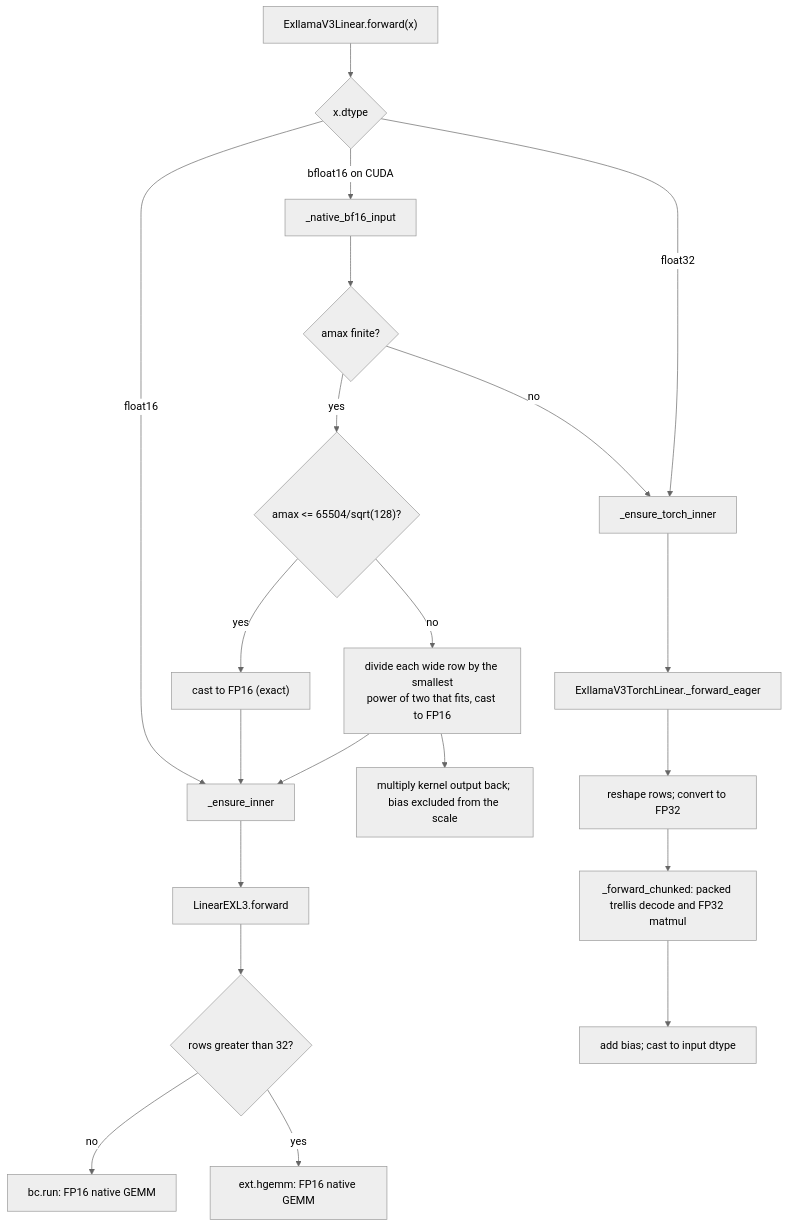
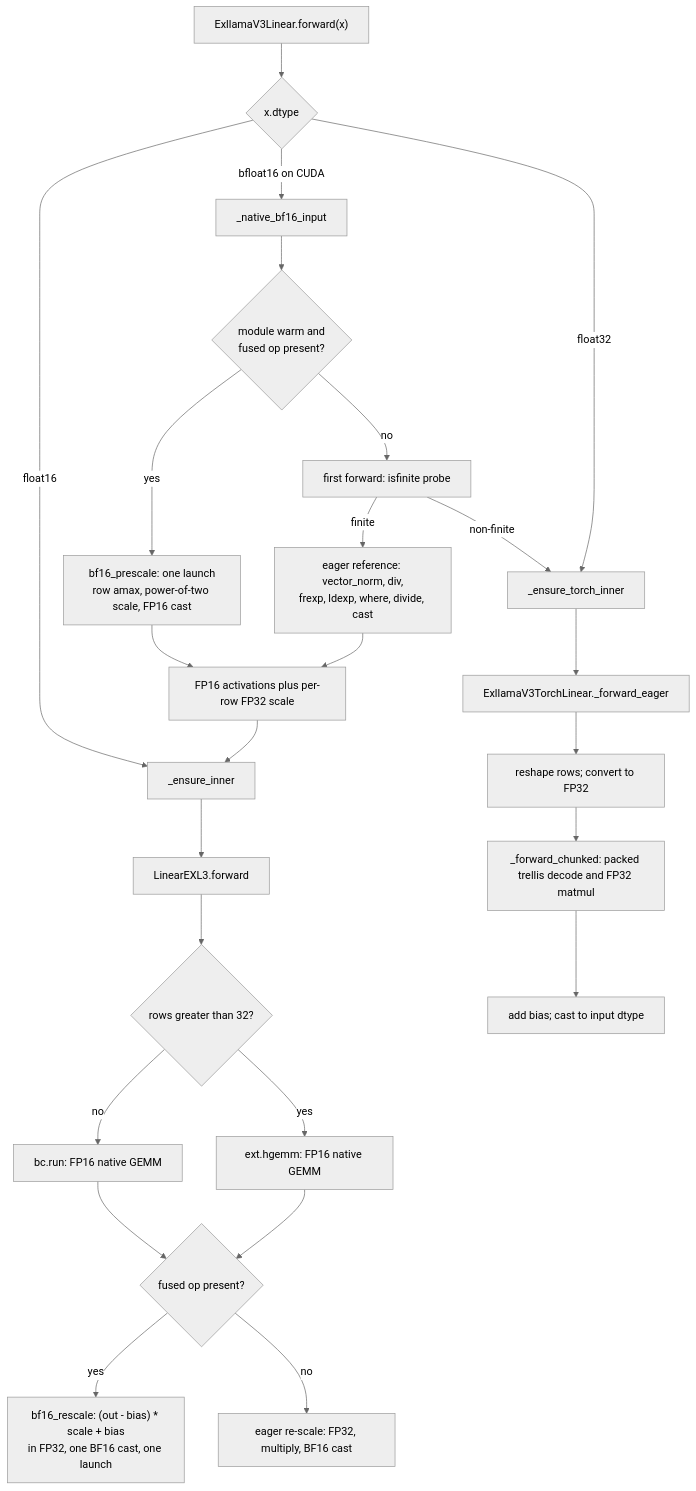
One commit to ModelCloud/GPTQModel changed the first of 3 diagrams in docs/exl3-wide-activation-dispatch.md. Above: the diagram before and after it, drawn with Mermaid (neutral theme). The commit also changed other lines of this file and 8 other files, not shown here.

````diff
--- a/docs/exl3-wide-activation-dispatch.md
+++ b/docs/exl3-wide-activation-dispatch.md
@@ -13,23 +13,27 @@
 ```mermaid
 flowchart TD
     A["ExllamaV3Linear.forward(x)"] --> B{"x.dtype"}
     B -->|float16| C["_ensure_inner"]
     B -->|bfloat16 on CUDA| D["_native_bf16_input"]
-    D --> E{"amax finite?"}
-    E -->|no| H["_ensure_torch_inner"]
-    E -->|yes| F{"amax <= 65504/sqrt(128)?"}
-    F -->|yes| G["cast to FP16 (exact)"]
-    F -->|no| P["divide each wide row by the smallest<br/>power of two that fits, cast to FP16"]
+    D --> E{"module warm and<br/>fused op present?"}
+    E -->|yes| S["bf16_prescale: one launch<br/>row amax, power-of-two scale, FP16 cast"]
+    E -->|no| N["first forward: isfinite probe"]
+    N -->|finite| R["eager reference: vector_norm, div,<br/>frexp, ldexp, where, divide, cast"]
+    N -->|non-finite| H["_ensure_torch_inner"]
+    S --> G["FP16 activations plus per-row FP32 scale"]
+    R --> G
     G --> C
-    P --> C
     C --> I["LinearEXL3.forward"]
     I --> J{"rows greater than 32?"}
     J -->|no| K["bc.run: FP16 native GEMM"]
     J -->|yes| L["ext.hgemm: FP16 native GEMM"]
-    P --> Q["multiply kernel output back; bias excluded from the scale"]
+    K --> Q{"fused op present?"}
+    L --> Q
+    Q -->|yes| T["bf16_rescale: (out - bias) * scale + bias<br/>in FP32, one BF16 cast, one launch"]
+    Q -->|no| U["eager re-scale: FP32, multiply, BF16 cast"]
     B -->|float32| H
     H --> M["ExllamaV3TorchLinear._forward_eager"]
-    M --> N["reshape rows; convert to FP32"]
-    N --> O["_forward_chunked: packed trellis decode and FP32 matmul"]
-    O --> R["add bias; cast to input dtype"]
+    M --> N2["reshape rows; convert to FP32"]
+    N2 --> O["_forward_chunked: packed trellis decode and FP32 matmul"]
+    O --> R2["add bias; cast to input dtype"]
 ```
````
